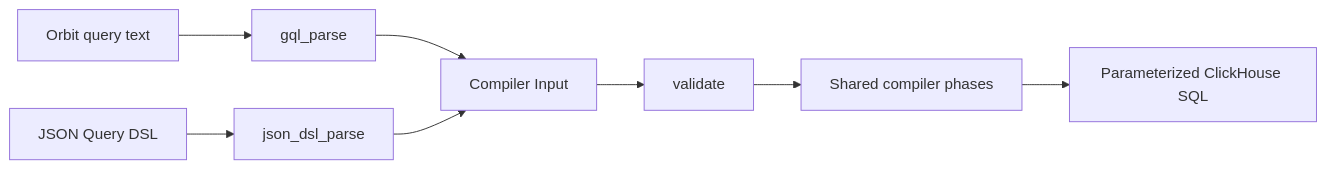
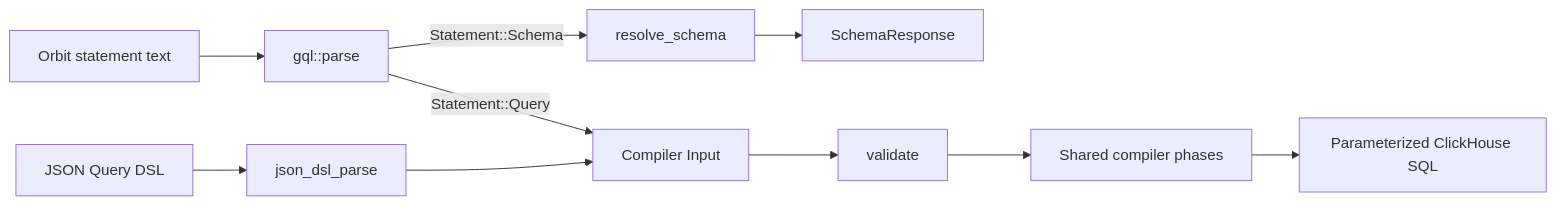
One commit to gitlabhq/orbit-knowledge-graph changed the diagram in docs/design-documents/querying/orbit_query_frontend.md. Above: the diagram before and after it, drawn with Mermaid. The commit also changed other lines of this file and 12 other files, not shown here.

Commit message:
feat(gql): add call for schema inspection

````diff
--- a/docs/design-documents/querying/orbit_query_frontend.md
+++ b/docs/design-documents/querying/orbit_query_frontend.md
@@ -29,10 +29,12 @@
 ```mermaid
 flowchart LR
-    Gql[Orbit query text] --> GqlParse[gql_parse]
+    Gql[Orbit statement text] --> GqlParse[gql::parse]
+    GqlParse -->|Statement::Query| Input[Compiler Input]
+    GqlParse -->|Statement::Schema| Resolve[resolve_schema]
+    Resolve --> Schema[SchemaResponse]
     JSON[JSON Query DSL] --> JsonDslParse[json_dsl_parse]
-    GqlParse --> Input[Compiler Input]
     JsonDslParse --> Input
     Input --> Validate[validate]
     Validate --> Pipeline[Shared compiler phases]
     Pipeline --> SQL[Parameterized ClickHouse SQL]
 ```
````
